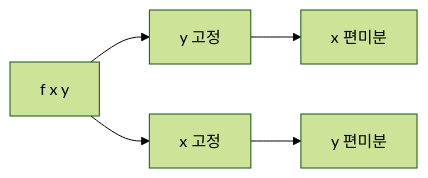
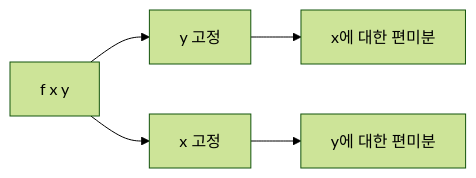
The diagram in content/calculus-for-ml-101/ko/03-partial-derivatives.md (yeongseon-books/book-content), drawn with Mermaid (forest theme) before and after one commit. The commit also changed other lines of this file and 9 other files, not shown here.

````diff
--- a/content/calculus-for-ml-101/ko/03-partial-derivatives.md
+++ b/content/calculus-for-ml-101/ko/03-partial-derivatives.md
@@ -53,7 +63,7 @@
 ```mermaid
 flowchart LR
     F[f x y] --> A[y 고정]
-    A --> X[x 편미분]
+    A --> X[x에 대한 편미분]
     F --> B[x 고정]
-    B --> Y[y 편미분]
+    B --> Y[y에 대한 편미분]
 ```
````
